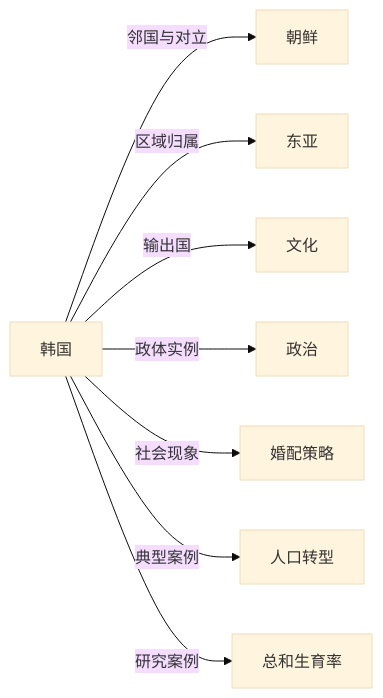
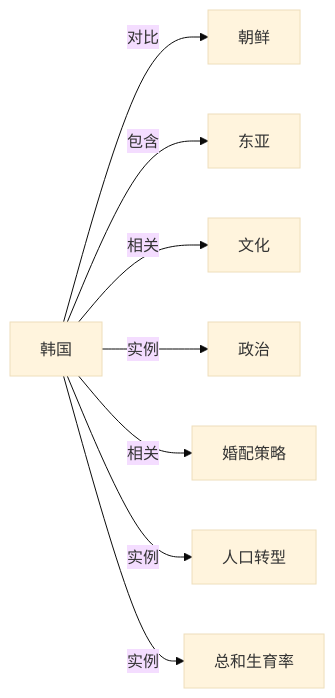
One commit to KIMMCHOW/MyKnowledge changed the diagram in Knowledge/Concepts/政治/韩国.md. Above: the diagram before and after it, drawn with Mermaid (base theme). The commit also changed 95 other files, not shown here.

Commit message:
reorganize: 统一关系图边标签为11类

````diff
--- a/Knowledge/Concepts/政治/韩国.md
+++ b/Knowledge/Concepts/政治/韩国.md
@@ -46,10 +46,10 @@
 ```mermaid
 graph LR
-韩国 -->|邻国与对立| 朝鲜
-韩国 -->|区域归属| 东亚
-韩国 -->|输出国| 文化
-韩国 -->|政体实例| 政治
-韩国 -->|社会现象| 婚配策略
-韩国 -->|典型案例| 人口转型
-韩国 -->|研究案例| 总和生育率
+韩国 -->|对比| 朝鲜
+韩国 -->|包含| 东亚
+韩国 -->|相关| 文化
+韩国 -->|实例| 政治
+韩国 -->|相关| 婚配策略
+韩国 -->|实例| 人口转型
+韩国 -->|实例| 总和生育率
 ```
````
